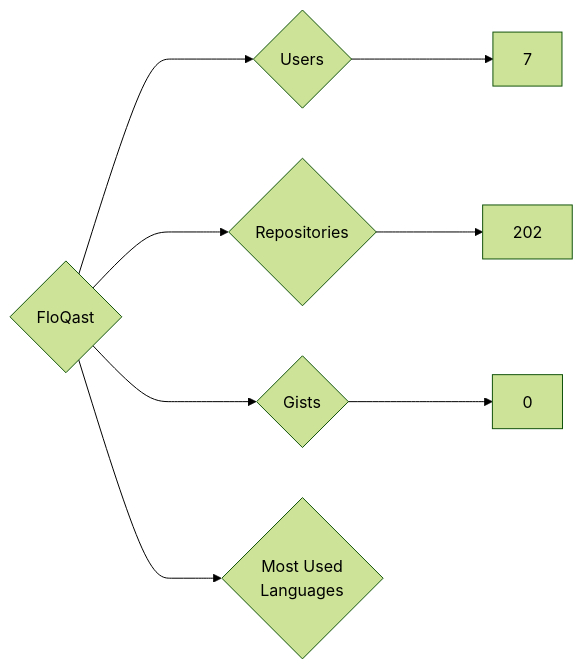
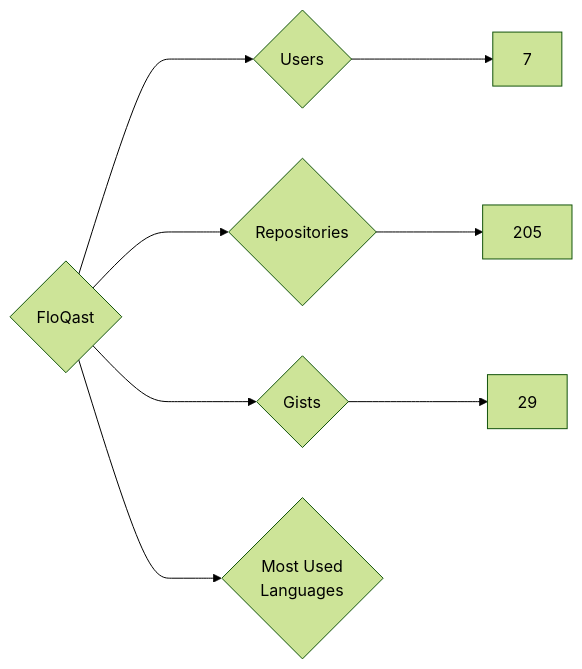
Before and after one commit to nenadzaric/insiders: the diagram in targets/FloQast/README.md, drawn with Mermaid (forest theme). The commit also changed 1342 other files, not shown here.

````diff
--- a/targets/FloQast/README.md
+++ b/targets/FloQast/README.md
@@ -3,8 +3,8 @@
 ```mermaid
 graph LR
 COMPANY_NAME{FloQast}
 COMPANY_NAME ---> U{Users} ---> UN[7]
-COMPANY_NAME ---> R{Repositories} ---> RN[202]
-COMPANY_NAME ---> G{Gists} ---> GN[0]
+COMPANY_NAME ---> R{Repositories} ---> RN[205]
+COMPANY_NAME ---> G{Gists} ---> GN[29]
 COMPANY_NAME ---> ML{Most Used<br>Languages}
 ```
````
